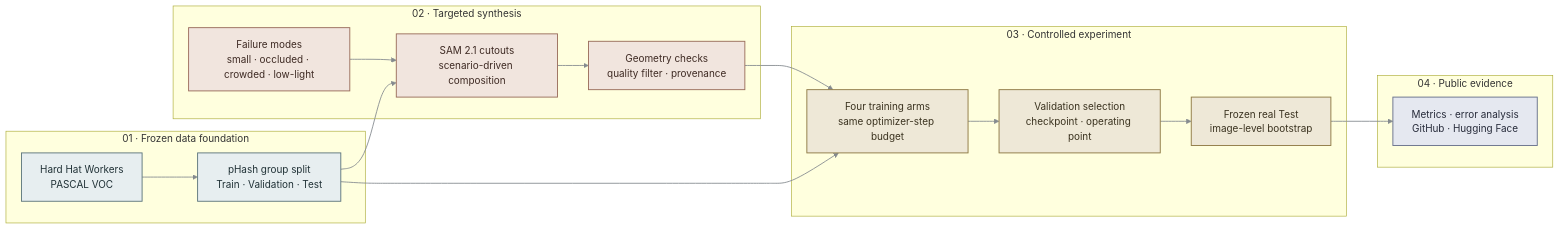
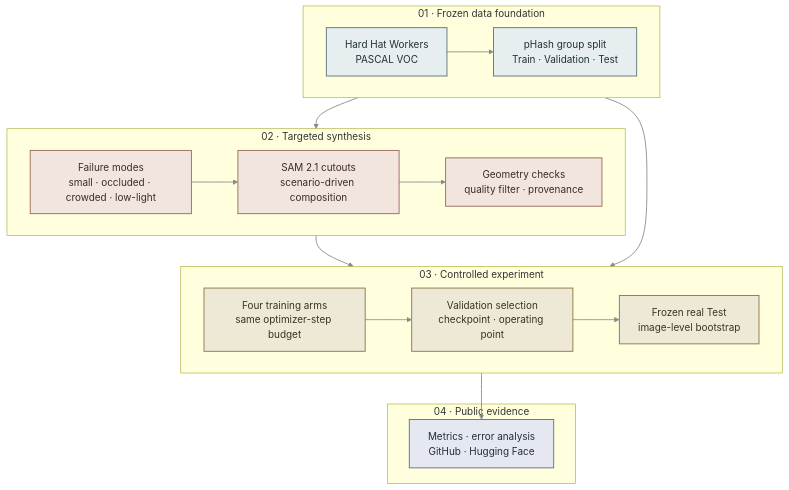
The first of 2 diagrams in README.md (kuotunyu/SafeSynth), drawn with Mermaid before and after one commit.

Commit message:
docs: enlarge README architecture diagram

````diff
--- a/README.md
+++ b/README.md
@@ -42,35 +42,38 @@
 ```mermaid
-flowchart LR
+flowchart TB
     subgraph P1["01 · Frozen data foundation"]
+        direction LR
         D["Hard Hat Workers<br/>PASCAL VOC"] --> S["pHash group split<br/>Train · Validation · Test"]
     end
 
     subgraph P2["02 · Targeted synthesis"]
+        direction LR
         F["Failure modes<br/>small · occluded · crowded · low-light"] --> G["SAM 2.1 cutouts<br/>scenario-driven composition"]
         G --> Q["Geometry checks<br/>quality filter · provenance"]
     end
 
     subgraph P3["03 · Controlled experiment"]
+        direction LR
         A["Four training arms<br/>same optimizer-step budget"] --> V["Validation selection<br/>checkpoint · operating point"]
         V --> T["Frozen real Test<br/>image-level bootstrap"]
     end
 
     subgraph P4["04 · Public evidence"]
         E["Metrics · error analysis<br/>GitHub · Hugging Face"]
     end
 
-    S --> G
+    S --> F
     S --> A
     Q --> A
     T --> E
 
     classDef foundation fill:#E7EEF0,stroke:#5F777D,color:#203136,stroke-width:1.5px
     classDef synthesis fill:#F1E5DE,stroke:#9B6E5D,color:#3E2A23,stroke-width:1.5px
     classDef experiment fill:#EEE8D7,stroke:#8F7A45,color:#3A321F,stroke-width:1.5px
     classDef evidence fill:#E5E8F0,stroke:#68718C,color:#272B3A,stroke-width:1.5px
     class D,S foundation
     class F,G,Q synthesis
     class A,V,T experiment
     class E evidence
     linkStyle default stroke:#858B8F,stroke-width:1.4px
 ```
````
